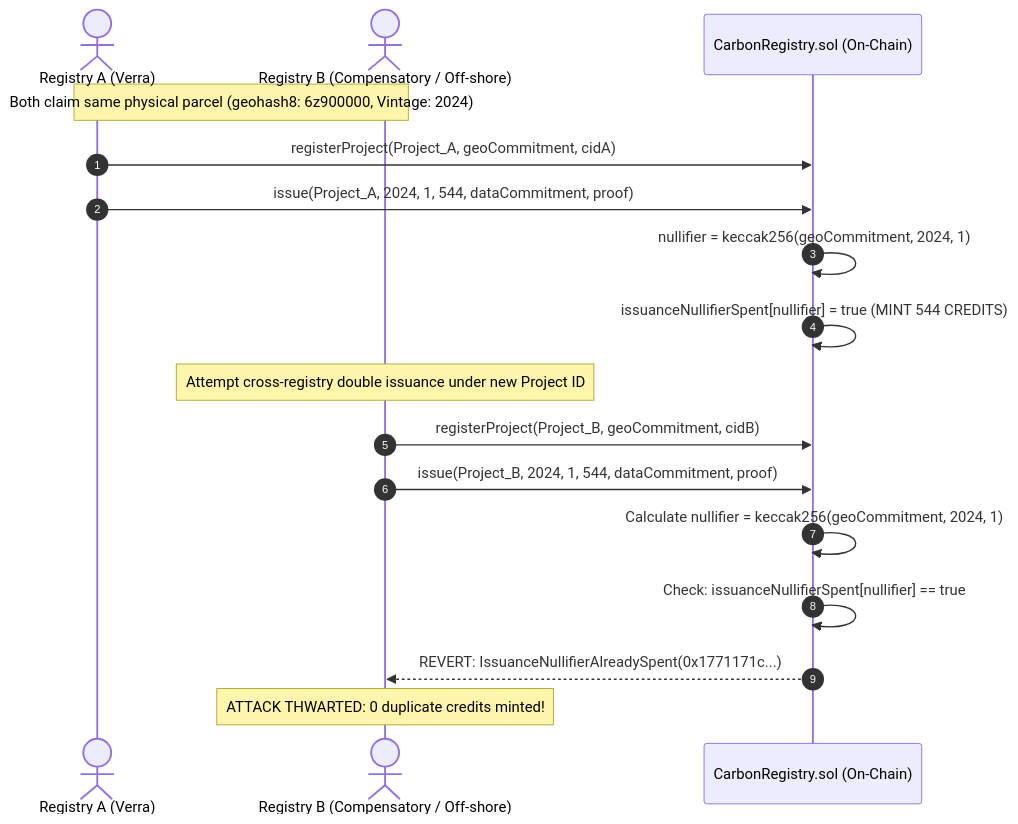
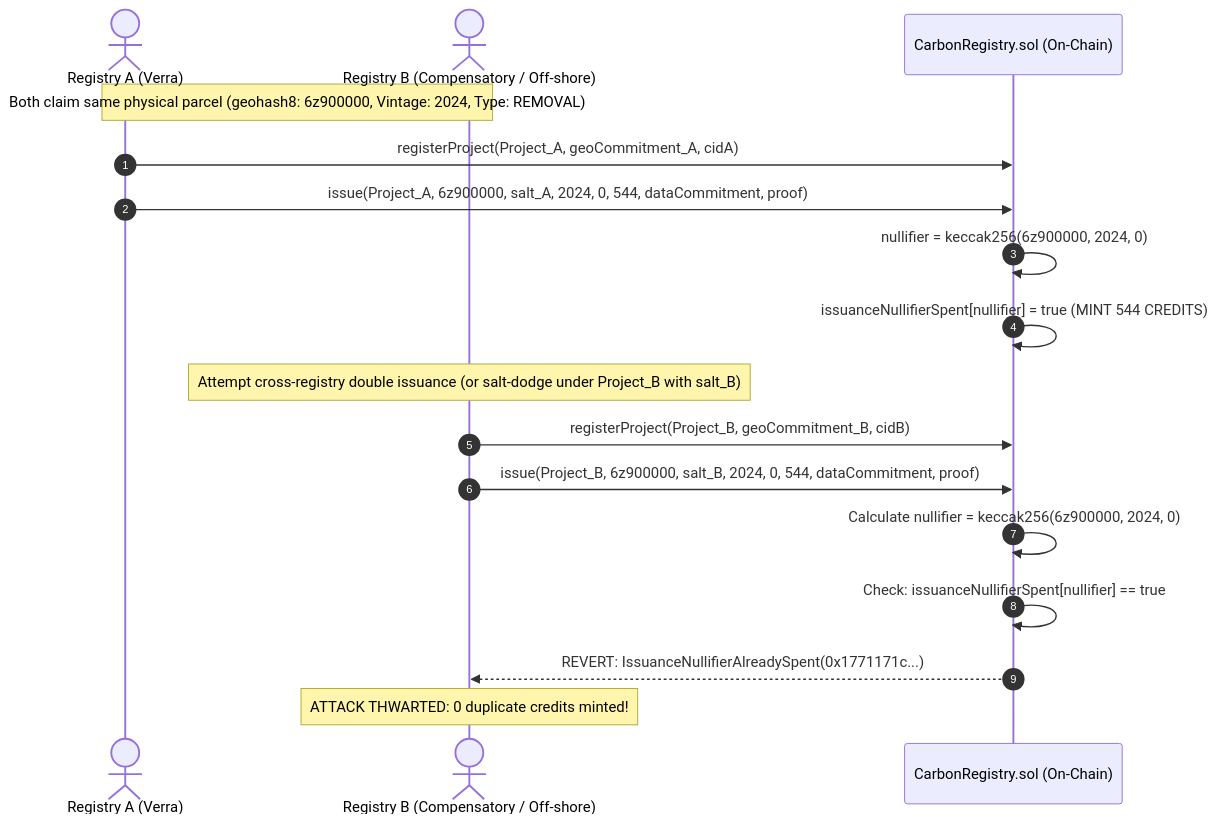
One commit to samudragupto/vericarbon changed the third of 3 diagrams in docs/ARCHITECTURE.md. Above: the diagram before and after it, drawn with Mermaid. The commit also changed other lines of this file and 38 other files, not shown here.

````diff
--- a/docs/ARCHITECTURE.md
+++ b/docs/ARCHITECTURE.md
@@ -112,21 +115,21 @@
 ```mermaid
 sequenceDiagram
     autonumber
     actor HonestReg as Registry A (Verra)
     actor MaliciousReg as Registry B (Compensatory / Off-shore)
     participant Registry as CarbonRegistry.sol (On-Chain)
 
-    Note over HonestReg,MaliciousReg: Both claim same physical parcel (geohash8: 6z900000, Vintage: 2024)
-    HonestReg->>Registry: registerProject(Project_A, geoCommitment, cidA)
-    HonestReg->>Registry: issue(Project_A, 2024, 1, 544, dataCommitment, proof)
-    Registry->>Registry: nullifier = keccak256(geoCommitment, 2024, 1)
+    Note over HonestReg,MaliciousReg: Both claim same physical parcel (geohash8: 6z900000, Vintage: 2024, Type: REMOVAL)
+    HonestReg->>Registry: registerProject(Project_A, geoCommitment_A, cidA)
+    HonestReg->>Registry: issue(Project_A, 6z900000, salt_A, 2024, 0, 544, dataCommitment, proof)
+    Registry->>Registry: nullifier = keccak256(6z900000, 2024, 0)
     Registry->>Registry: issuanceNullifierSpent[nullifier] = true (MINT 544 CREDITS)
     
-    Note over MaliciousReg: Attempt cross-registry double issuance under new Project ID
-    MaliciousReg->>Registry: registerProject(Project_B, geoCommitment, cidB)
-    MaliciousReg->>Registry: issue(Project_B, 2024, 1, 544, dataCommitment, proof)
-    Registry->>Registry: Calculate nullifier = keccak256(geoCommitment, 2024, 1)
+    Note over MaliciousReg: Attempt cross-registry double issuance (or salt-dodge under Project_B with salt_B)
+    MaliciousReg->>Registry: registerProject(Project_B, geoCommitment_B, cidB)
+    MaliciousReg->>Registry: issue(Project_B, 6z900000, salt_B, 2024, 0, 544, dataCommitment, proof)
+    Registry->>Registry: Calculate nullifier = keccak256(6z900000, 2024, 0)
     Registry->>Registry: Check: issuanceNullifierSpent[nullifier] == true
     Registry-->>MaliciousReg: REVERT: IssuanceNullifierAlreadySpent(0x1771171c...)
     Note over MaliciousReg: ATTACK THWARTED: 0 duplicate credits minted!
 ```
````
